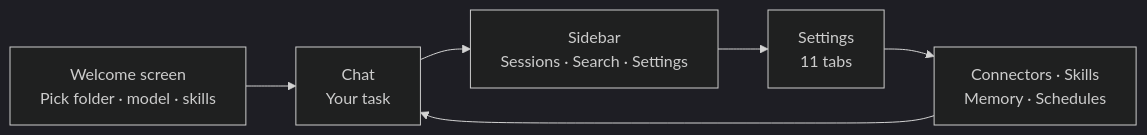
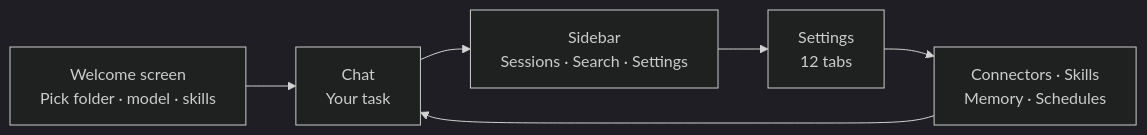
One commit to Sqowe/pilot changed the diagram in docs/wiki/index.md. Above: the diagram before and after it, drawn with Mermaid (dark theme). The commit also changed 14 other files, not shown here.

````diff
--- a/docs/wiki/index.md
+++ b/docs/wiki/index.md
@@ -38,8 +38,8 @@
 ```mermaid
 flowchart LR
   A["Welcome screen\nPick folder · model · skills"] --> B["Chat\nYour task"]
   B --> C["Sidebar\nSessions · Search · Settings"]
-  C --> D["Settings\n11 tabs"]
+  C --> D["Settings\n12 tabs"]
   D --> E["Connectors · Skills\nMemory · Schedules"]
   E --> B
 ```
````
